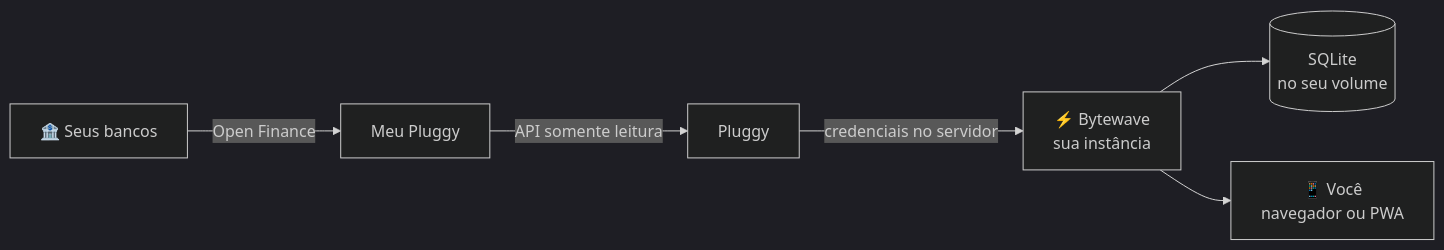
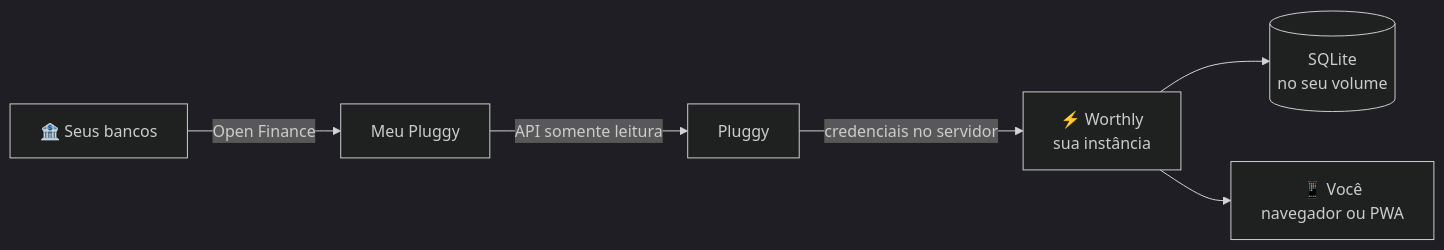
One commit to csbills/worthly changed the diagram in README.md. Above: the diagram before and after it, drawn with Mermaid (dark theme). The commit also changed other lines of this file and 28 other files, not shown here.

````diff
--- a/README.md
+++ b/README.md
@@ -82,8 +82,8 @@
 ```mermaid
 flowchart LR
     B[🏦 Seus bancos] -- Open Finance --> M[Meu Pluggy]
     M -- API somente leitura --> P[Pluggy]
-    P -- credenciais no servidor --> W[⚡ Bytewave<br/>sua instância]
+    P -- credenciais no servidor --> W[⚡ Worthly<br/>sua instância]
     W --> D[(SQLite<br/>no seu volume)]
     W --> U[📱 Você<br/>navegador ou PWA]
 ```
````
